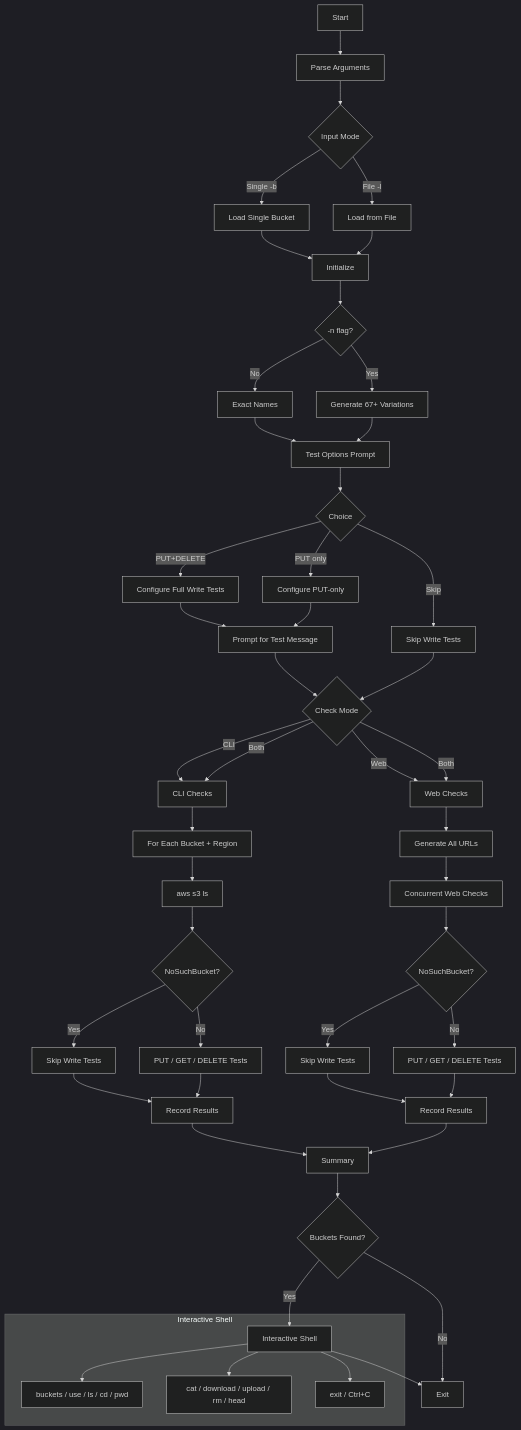
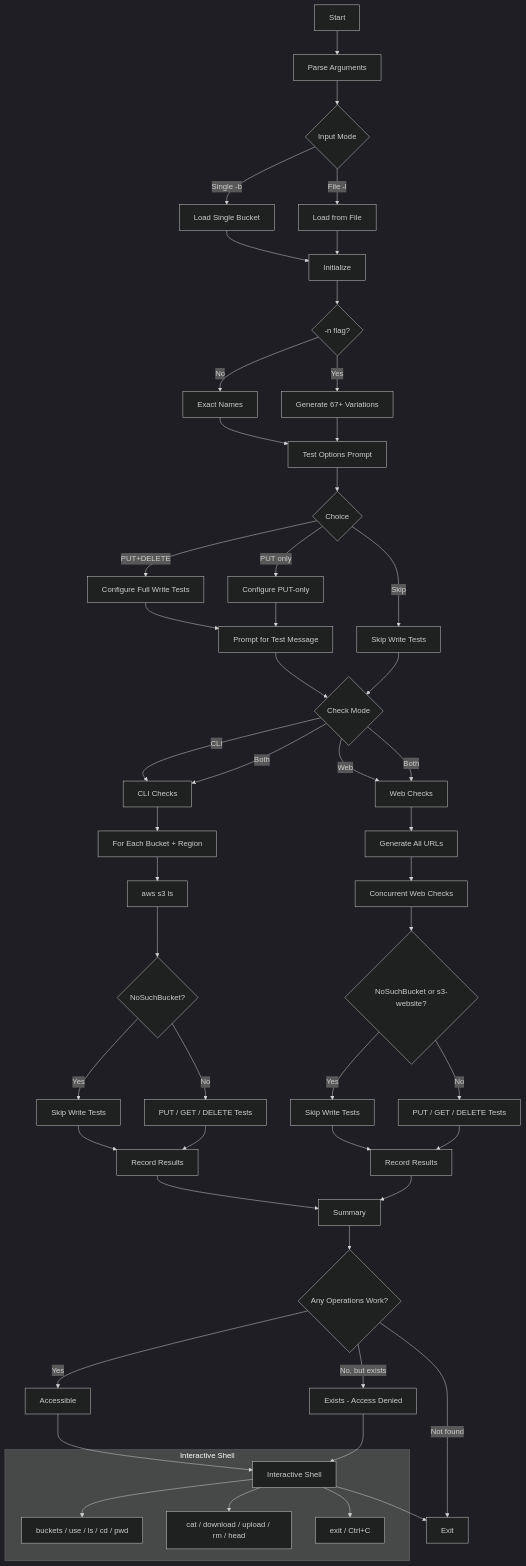
Before and after one commit to 0xDTC/0xAWSCloud: the diagram in 0xS3/README.md, drawn with Mermaid (dark theme). The commit also changed other lines of this file and 1 other file, not shown here.

Commit message:
feat: enhance bucket accessibility checks and reporting for better clarity on access permissions

````diff
--- a/0xS3/README.md
+++ b/0xS3/README.md
@@ -289,57 +327,59 @@
 ```mermaid
 graph TD
     A[Start] --> B[Parse Arguments]
     B --> B1{Input Mode}
     B1 -->|Single -b| B2[Load Single Bucket]
     B1 -->|File -l| B3[Load from File]
 
     B2 --> C[Initialize]
     B3 --> C
 
     C --> C0{-n flag?}
     C0 -->|No| C1[Exact Names]
     C0 -->|Yes| C2[Generate 67+ Variations]
 
     C1 --> D[Test Options Prompt]
     C2 --> D
 
     D --> D1{Choice}
     D1 -->|PUT+DELETE| D2[Configure Full Write Tests]
     D1 -->|PUT only| D3[Configure PUT-only]
     D1 -->|Skip| D4[Skip Write Tests]
 
     D2 & D3 --> D5[Prompt for Test Message]
     D5 --> E{Check Mode}
     D4 --> E
 
     E -->|CLI| F[CLI Checks]
     E -->|Web| G[Web Checks]
     E -->|Both| F & G
 
     F --> F1[For Each Bucket + Region]
     F1 --> F2[aws s3 ls]
     F2 --> F3{NoSuchBucket?}
     F3 -->|Yes| F4[Skip Write Tests]
     F3 -->|No| F5[PUT / GET / DELETE Tests]
     F4 & F5 --> F6[Record Results]
 
     G --> G1[Generate All URLs]
     G1 --> G2[Concurrent Web Checks]
-    G2 --> G3{NoSuchBucket?}
+    G2 --> G3{NoSuchBucket or s3-website?}
     G3 -->|Yes| G4[Skip Write Tests]
     G3 -->|No| G5[PUT / GET / DELETE Tests]
     G4 & G5 --> G6[Record Results]
 
     F6 --> Z[Summary]
     G6 --> Z
-    Z --> Z1{Buckets Found?}
-    Z1 -->|Yes| S[Interactive Shell]
-    Z1 -->|No| END[Exit]
+    Z --> Z1{Any Operations Work?}
+    Z1 -->|Yes| Z2[Accessible]
+    Z1 -->|No, but exists| Z3[Exists - Access Denied]
+    Z1 -->|Not found| END[Exit]
+    Z2 & Z3 --> S[Interactive Shell]
     S --> END
 
     subgraph "Interactive Shell"
     S --> S1[buckets / use / ls / cd / pwd]
     S --> S2[cat / download / upload / rm / head]
     S --> S3[exit / Ctrl+C]
     end
 ```
````
